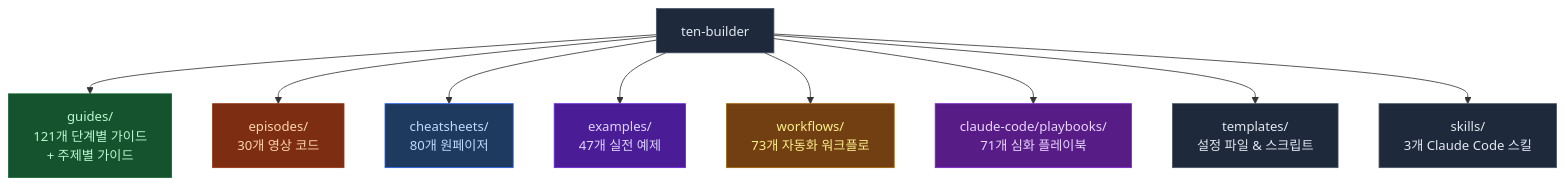
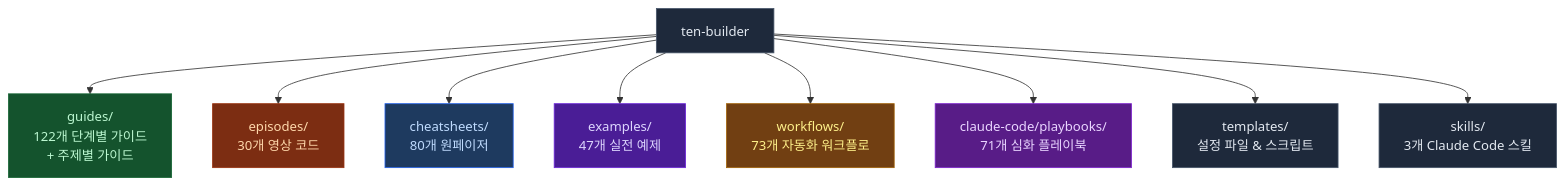
The first of 2 diagrams in README.md (ten-builder/ten-builder), drawn with Mermaid before and after one commit. The commit also changed other lines of this file, not shown here.

Commit message:
docs(readme): sync guide 122 — Claude Code Week 31

````diff
--- a/README.md
+++ b/README.md
@@ -23,21 +23,21 @@
 ```mermaid
 flowchart TD
-    R["ten-builder"] --> G["guides/\n121개 단계별 가이드\n+ 주제별 가이드"]
+    R["ten-builder"] --> G["guides/\n122개 단계별 가이드\n+ 주제별 가이드"]
     R --> E["episodes/\n30개 영상 코드"]
     R --> C["cheatsheets/\n80개 원페이저"]
     R --> EX["examples/\n47개 실전 예제"]
     R --> W["workflows/\n73개 자동화 워크플로"]
     R --> P["claude-code/playbooks/\n71개 심화 플레이북"]
     R --> T["templates/\n설정 파일 & 스크립트"]
     R --> S["skills/\n3개 Claude Code 스킬"]
 
     style R fill:#1e293b,stroke:#475569,color:#e2e8f0
     style G fill:#14532d,stroke:#166534,color:#bbf7d0
     style E fill:#7c2d12,stroke:#9a3412,color:#fed7aa
     style C fill:#1e3a5f,stroke:#2563eb,color:#bfdbfe
     style EX fill:#4a1d96,stroke:#6d28d9,color:#ddd6fe
     style W fill:#713f12,stroke:#a16207,color:#fef08a
     style P fill:#581c87,stroke:#7e22ce,color:#e9d5ff
     style T fill:#1e293b,stroke:#475569,color:#e2e8f0
     style S fill:#1e293b,stroke:#475569,color:#e2e8f0
 ```
````
